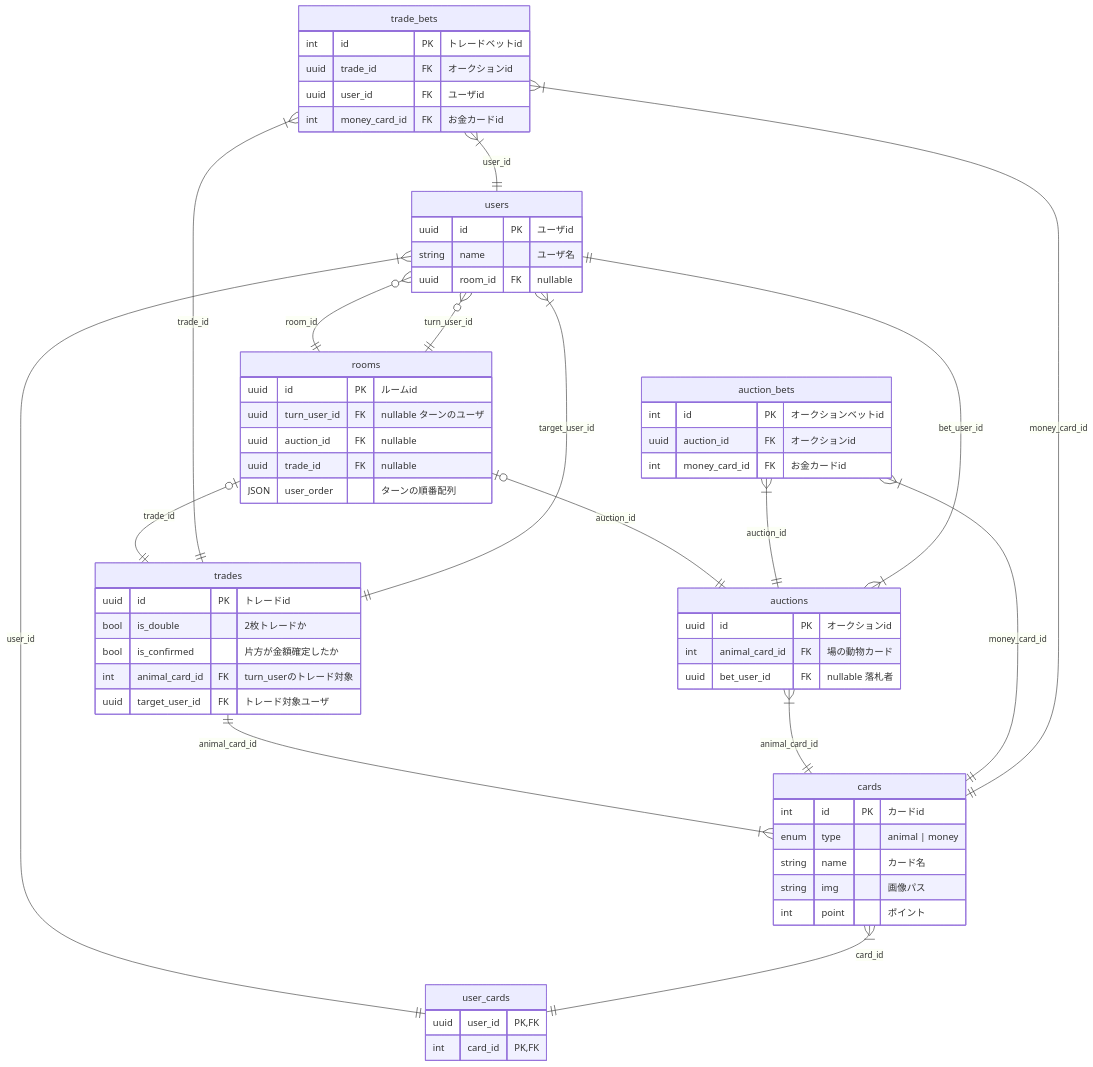
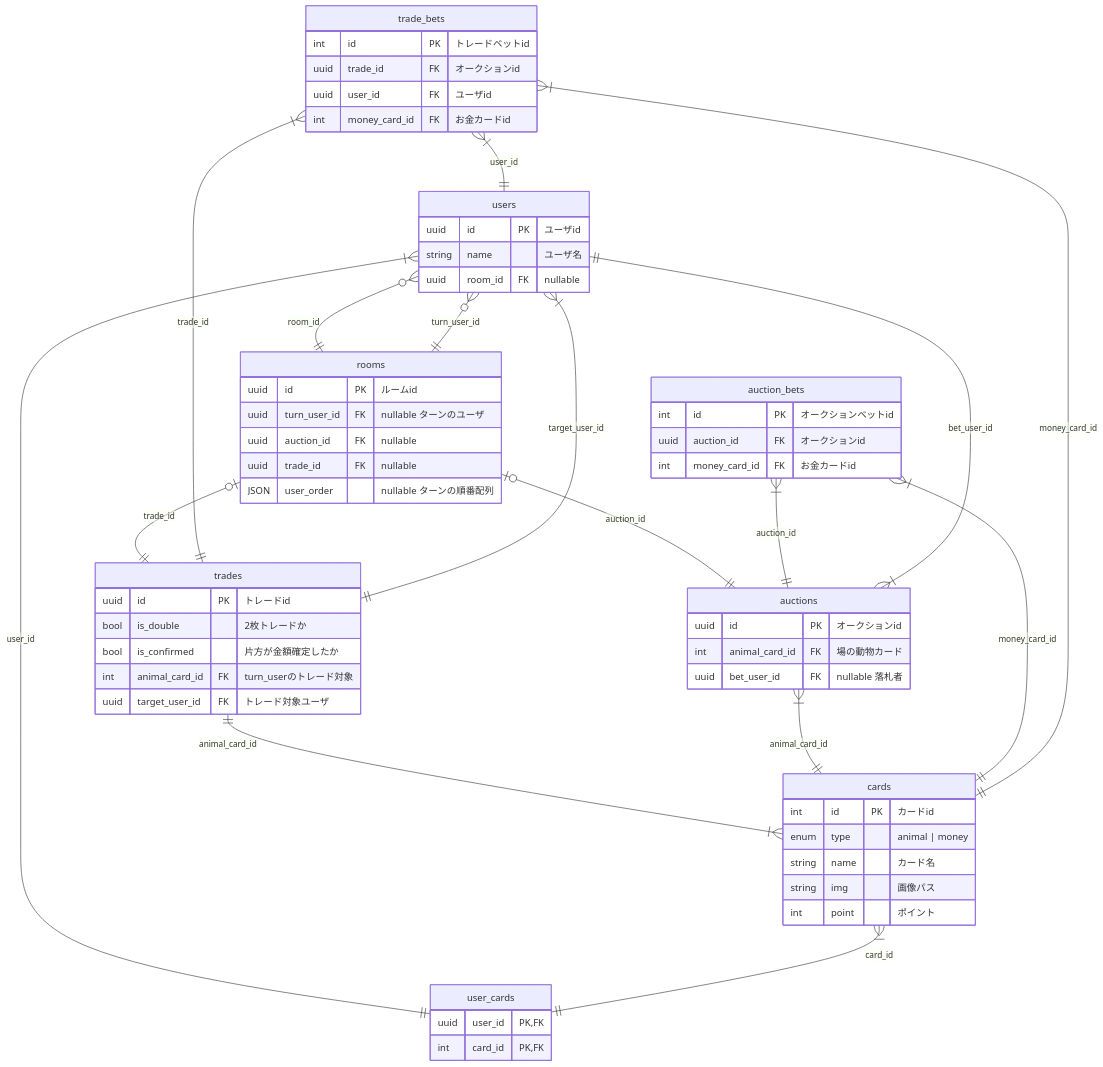
One commit to alltheturkey/auction changed the diagram in document/ER-diagram.md. Above: the diagram before and after it, drawn with Mermaid. The commit also changed 5 other files, not shown here.

````diff
--- a/document/ER-diagram.md
+++ b/document/ER-diagram.md
@@ -1,72 +1,72 @@
 ```mermaid
 erDiagram
     users o{--|| rooms : "room_id"
     rooms ||--o{ users : "turn_user_id"
     users |{--|| user_cards : "user_id"
     cards |{--|| user_cards : "card_id"
     rooms o|--|| auctions : "auction_id"
     rooms o|--|| trades : "trade_id"
     trades ||--|{ cards : "animal_card_id"
     trades ||--|{ users : "target_user_id"
     auctions |{--|| cards : "animal_card_id"
     auctions |{--|| users : "bet_user_id"
     auction_bets |{--|| auctions : "auction_id"
     auction_bets |{--|| cards : "money_card_id"
     trade_bets |{--|| trades : "trade_id"
     trade_bets |{--|| users : "user_id"
     trade_bets |{--|| cards : "money_card_id"
 
     users {
         uuid id PK "ユーザid"
         string name "ユーザ名"
         uuid room_id FK "nullable"
     }
 
     user_cards {
         uuid user_id PK,FK
         int card_id PK,FK
     }
 
     cards {
         int id PK "カードid"
         enum type "animal | money"
         string name "カード名"
         string img "画像パス"
         int point "ポイント"
     }
 
     rooms {
         uuid id PK "ルームid"
         uuid turn_user_id FK "nullable ターンのユーザ"
         uuid auction_id FK "nullable"
         uuid trade_id FK "nullable"
-        JSON user_order "ターンの順番配列"
+        JSON user_order "nullable ターンの順番配列"
     }
 
     auctions {
         uuid id PK "オークションid"
         int animal_card_id FK "場の動物カード"
         uuid bet_user_id FK "nullable 落札者"
     }
 
     auction_bets {
         int id PK "オークションベットid"
         uuid auction_id FK "オークションid"
         int money_card_id FK "お金カードid"
     }
 
     trades {
         uuid id PK "トレードid"
         bool is_double "2枚トレードか"
         bool is_confirmed "片方が金額確定したか"
         int animal_card_id FK "turn_userのトレード対象"
         uuid target_user_id FK "トレード対象ユーザ"
     }
 
     trade_bets{
         int id PK "トレードベットid"
         uuid trade_id FK "オークションid"
         uuid user_id FK "ユーザid"
         int money_card_id FK "お金カードid"
     }
 ```
````
